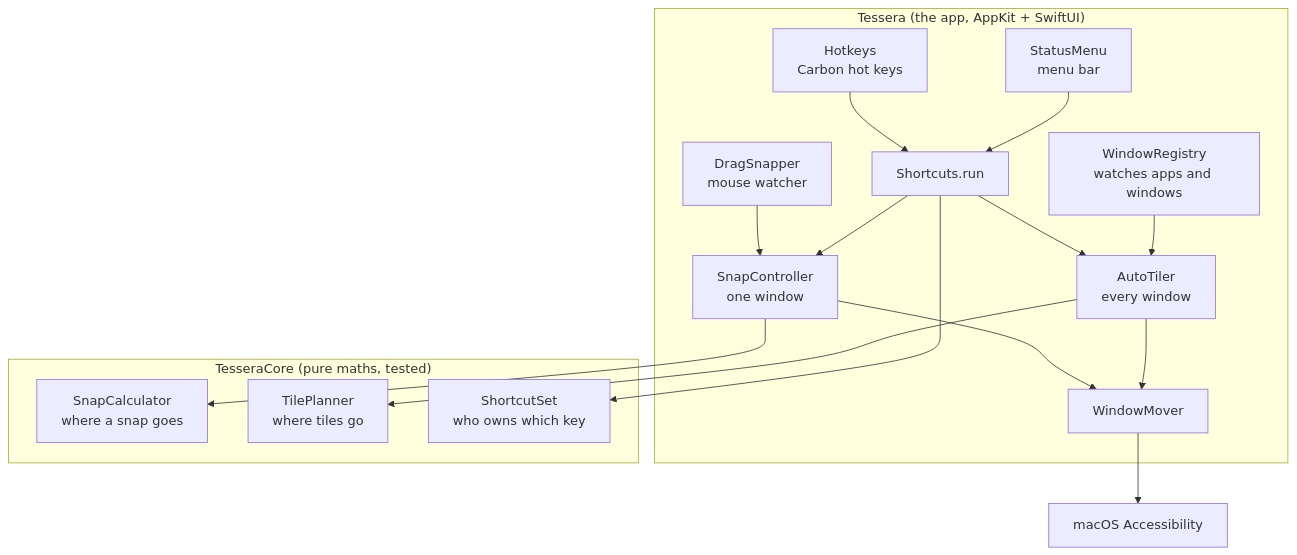
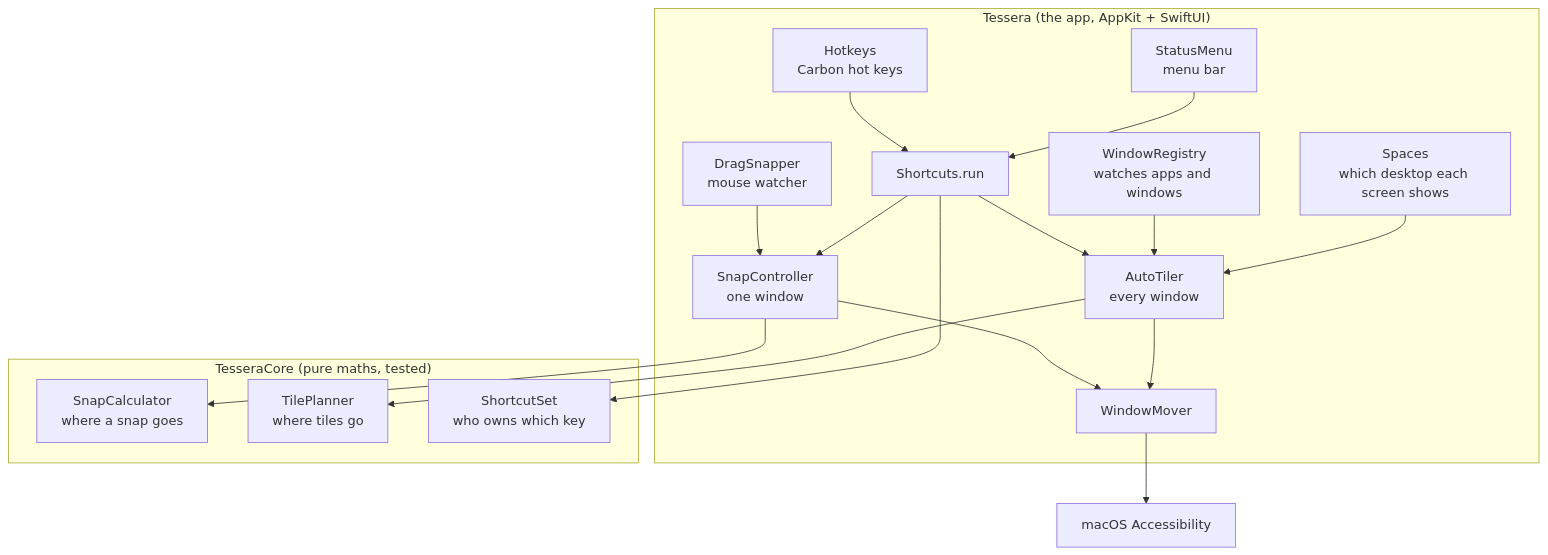
One commit to vik101/Tessera changed the third of 3 diagrams in README.md. Above: the diagram before and after it, drawn with Mermaid. The commit also changed other lines of this file and 15 other files, not shown here.

````diff
--- a/README.md
+++ b/README.md
@@ -113,22 +123,23 @@
 ```mermaid
 flowchart TB
     subgraph App["Tessera (the app, AppKit + SwiftUI)"]
         HK["Hotkeys<br/>Carbon hot keys"] --> CMD["Shortcuts.run"]
         MENU["StatusMenu<br/>menu bar"] --> CMD
         DRAG["DragSnapper<br/>mouse watcher"] --> SNAP
         CMD --> SNAP["SnapController<br/>one window"]
         CMD --> TILE["AutoTiler<br/>every window"]
         SNAP --> MOVE["WindowMover"]
         TILE --> MOVE
         REG["WindowRegistry<br/>watches apps and windows"] --> TILE
+        SPC["Spaces<br/>which desktop each screen shows"] --> TILE
     end
     subgraph Core["TesseraCore (pure maths, tested)"]
         CALC["SnapCalculator<br/>where a snap goes"]
         PLAN["TilePlanner<br/>where tiles go"]
         KEYS["ShortcutSet<br/>who owns which key"]
     end
     SNAP --> CALC
     TILE --> PLAN
     CMD --> KEYS
     MOVE --> AX["macOS Accessibility"]
 ```
````
